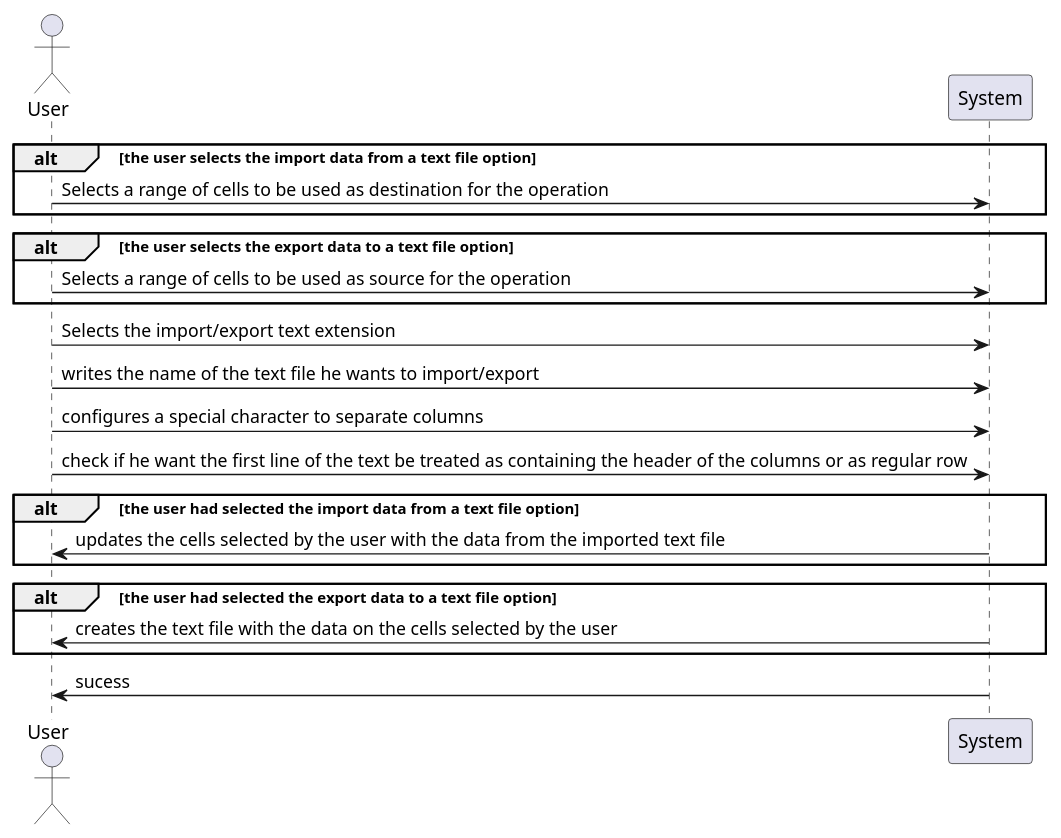
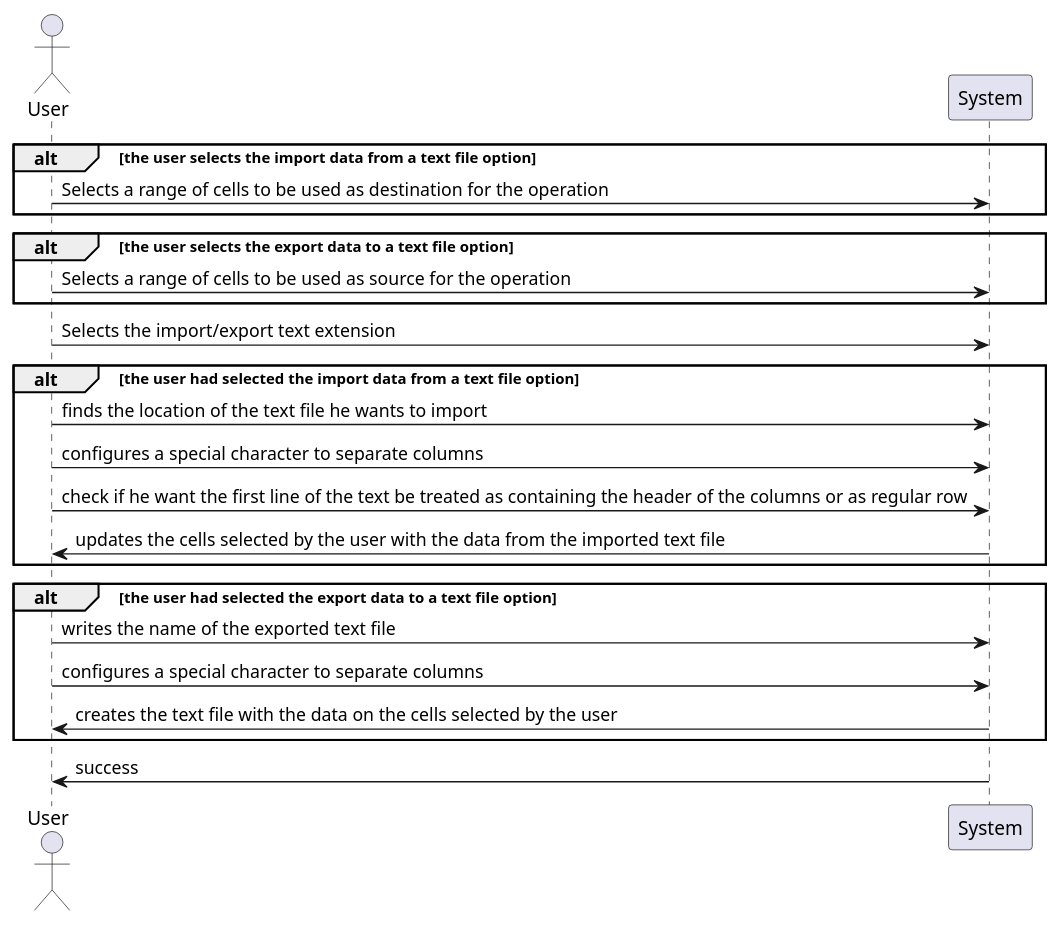
The diagram in src/main/java/lapr4/green/s1/ipc/n1130626/importexporttext/ipc04.1_analysis.puml (PeFerreira98/ISEP.Lic.LAPR4_2017), drawn with PlantUML before and after one commit. The commit also changed 2 other files, not shown here.

```diff
--- a/src/main/java/lapr4/green/s1/ipc/n1130626/importexporttext/ipc04.1_analysis.puml
+++ b/src/main/java/lapr4/green/s1/ipc/n1130626/importexporttext/ipc04.1_analysis.puml
@@ -1,30 +1,32 @@
 @startuml ipc04.1_analysis.png
 
 actor User
 
 participant "System" as s
 
 alt the user selects the import data from a text file option
 User->s: Selects a range of cells to be used as destination for the operation
 end
 
 alt the user selects the export data to a text file option
 User->s: Selects a range of cells to be used as source for the operation
 end
 
 User->s: Selects the import/export text extension
-User->s: writes the name of the text file he wants to import/export
+
+alt the user had selected the import data from a text file option
+User->s: finds the location of the text file he wants to import
 User->s: configures a special character to separate columns
 User->s: check if he want the first line of the text be treated as containing the header of the columns or as regular row
-
-alt the user had selected the import data from a text file option
 s->User: updates the cells selected by the user with the data from the imported text file
 end
 
 alt the user had selected the export data to a text file option
+User->s: writes the name of the exported text file
+User->s: configures a special character to separate columns
 s->User: creates the text file with the data on the cells selected by the user
 end
 
-s->User: sucess
+s->User: success
 
 @enduml
```
